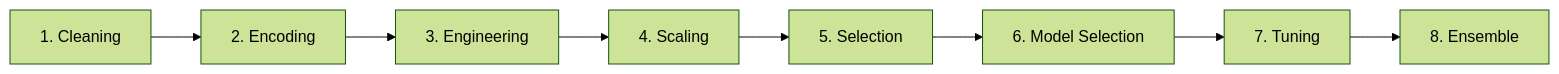
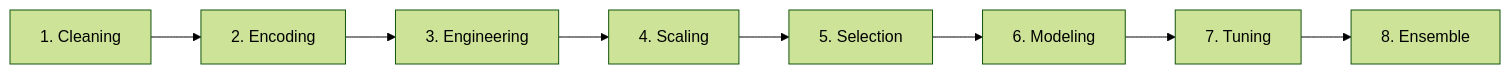
Before and after one commit to boopathi-376/RL-Driven-AutoML: the diagram in README.md, drawn with Mermaid (forest theme). The commit also changed other lines of this file and 3 other files, not shown here.

````diff
--- a/README.md
+++ b/README.md
@@ -56,10 +43,10 @@
 ```mermaid
 graph LR
     S1[1. Cleaning] --> S2[2. Encoding]
     S2 --> S3[3. Engineering]
     S3 --> S4[4. Scaling]
     S4 --> S5[5. Selection]
-    S5 --> S6[6. Model Selection]
+    S5 --> S6[6. Modeling]
     S6 --> S7[7. Tuning]
     S7 --> S8[8. Ensemble]
 ```
````
